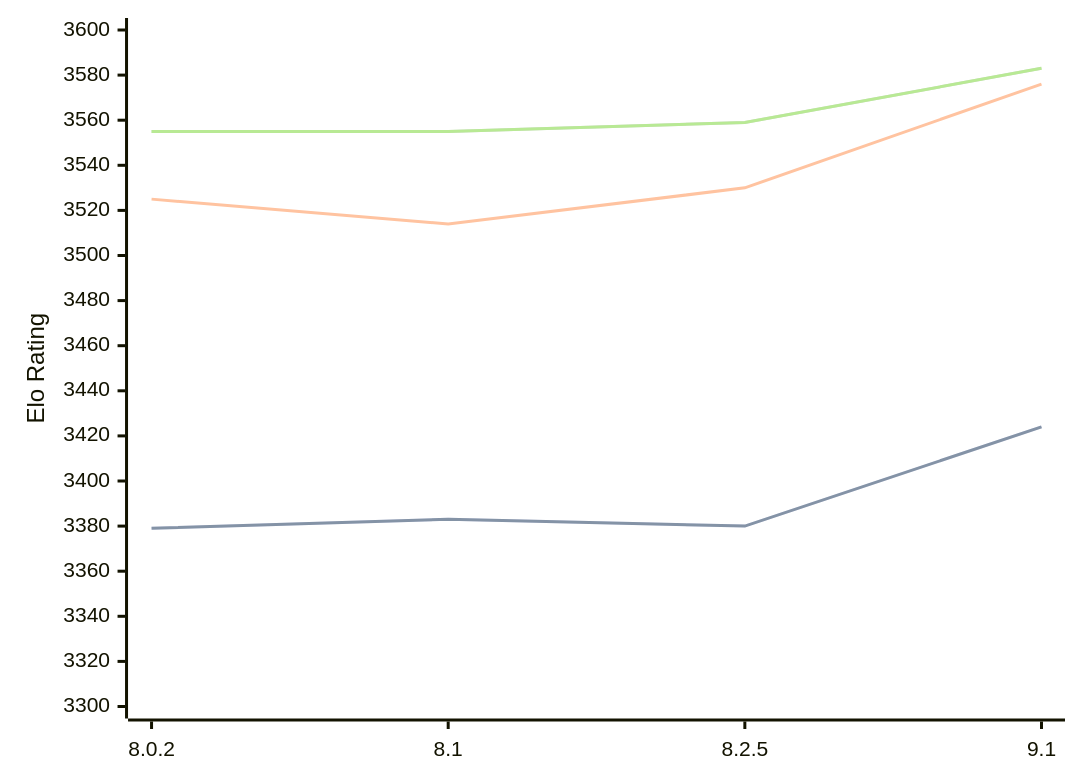
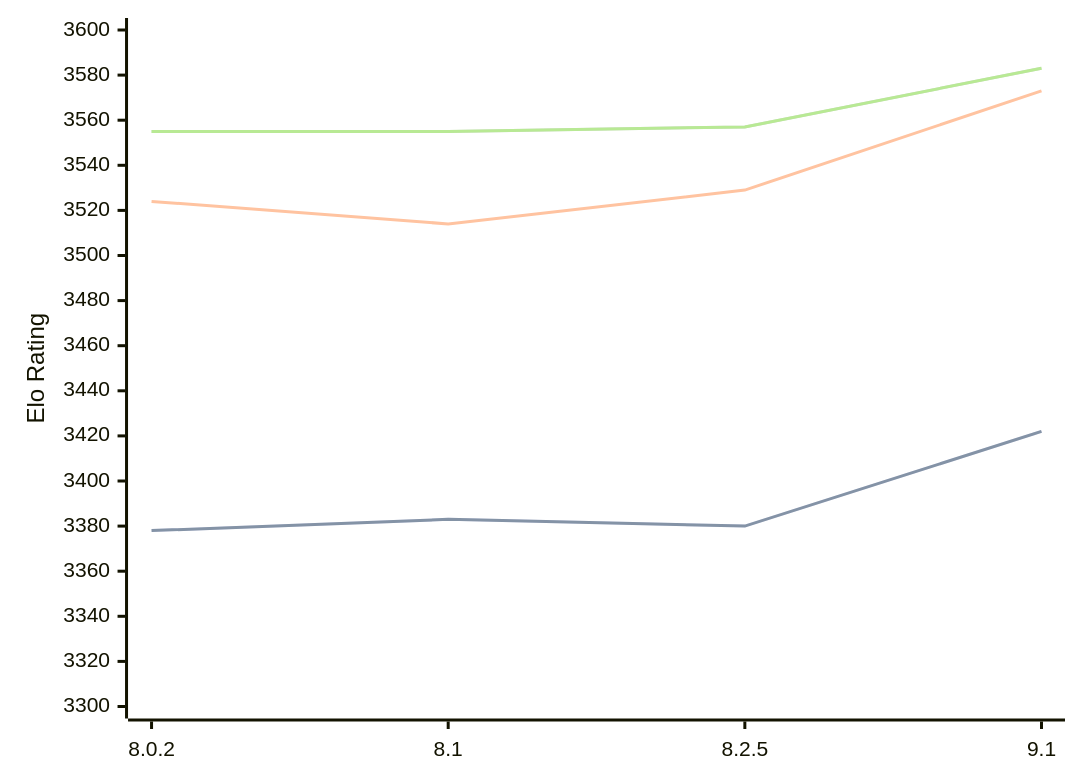
The diagram in engines/Clover.md (computer-chess-index/cci), drawn with Mermaid before and after one commit. The commit also changed other lines of this file, not shown here.

Commit message:
Update CCI Ratings (ELO VLTC) - 2026-03-07

````diff
--- a/engines/Clover.md
+++ b/engines/Clover.md
@@ -62,11 +62,11 @@
 ```mermaid
 %%{init: {"theme":"base","themeVariables":{"seriesColors:['#a3a3a3','#222221','#faa371']}}}%%
 xychart-beta
   x-axis ["8.0.2", "8.1", "8.2.5", "9.1"]
   y-axis "Elo Rating" 3300 --> 3600
-  line "STC (8.0+0.08s)" [3379, 3383, 3380, 3424]
-  line "STC (8.0+0.08s)" [3379, 3383, 3380, 3424]
-  line "LTC (60.0+0.60s)" [3525, 3514, 3530, 3576]
-  line "VLTC (2m24s+1.12s)" [3555, 3555, 3559, 3583]
-  line "VLTC (2m24s+1.12s)" [3555, 3555, 3559, 3583]
+  line "STC (8.0+0.08s)" [3378, 3383, 3380, 3422]
+  line "STC (8.0+0.08s)" [3378, 3383, 3380, 3422]
+  line "LTC (60.0+0.60s)" [3524, 3514, 3529, 3573]
+  line "VLTC (2m24s+1.12s)" [3555, 3555, 3557, 3583]
+  line "VLTC (2m24s+1.12s)" [3555, 3555, 3557, 3583]
 ```
````
